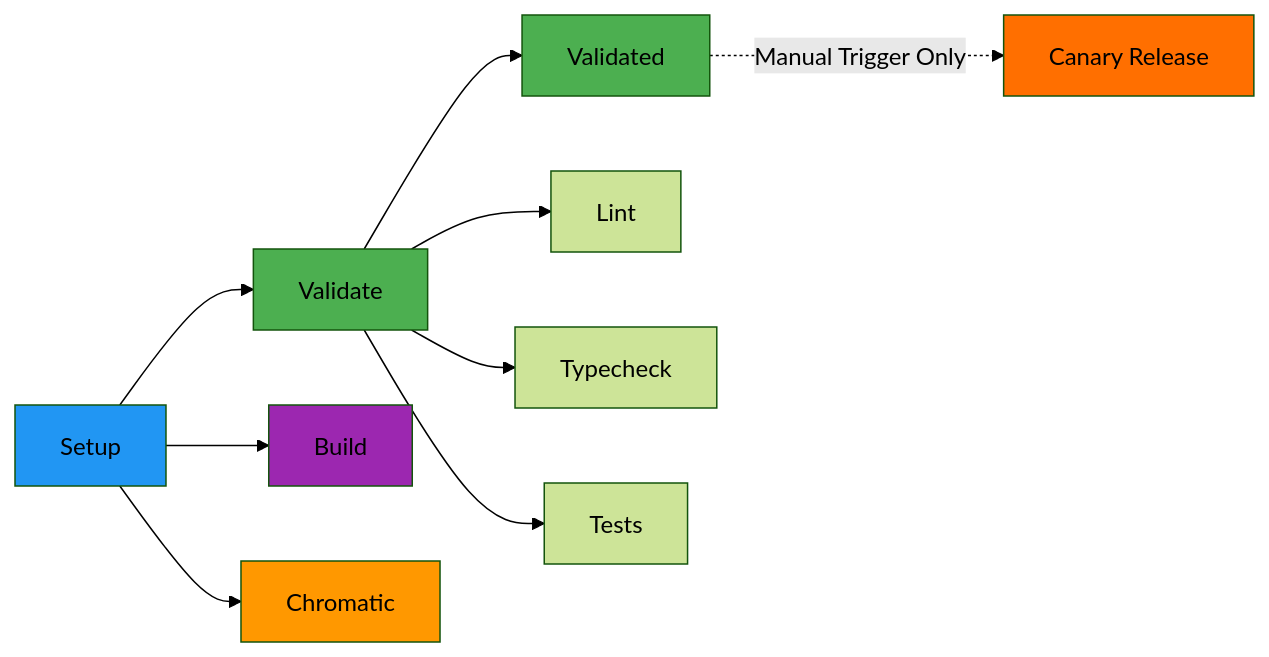
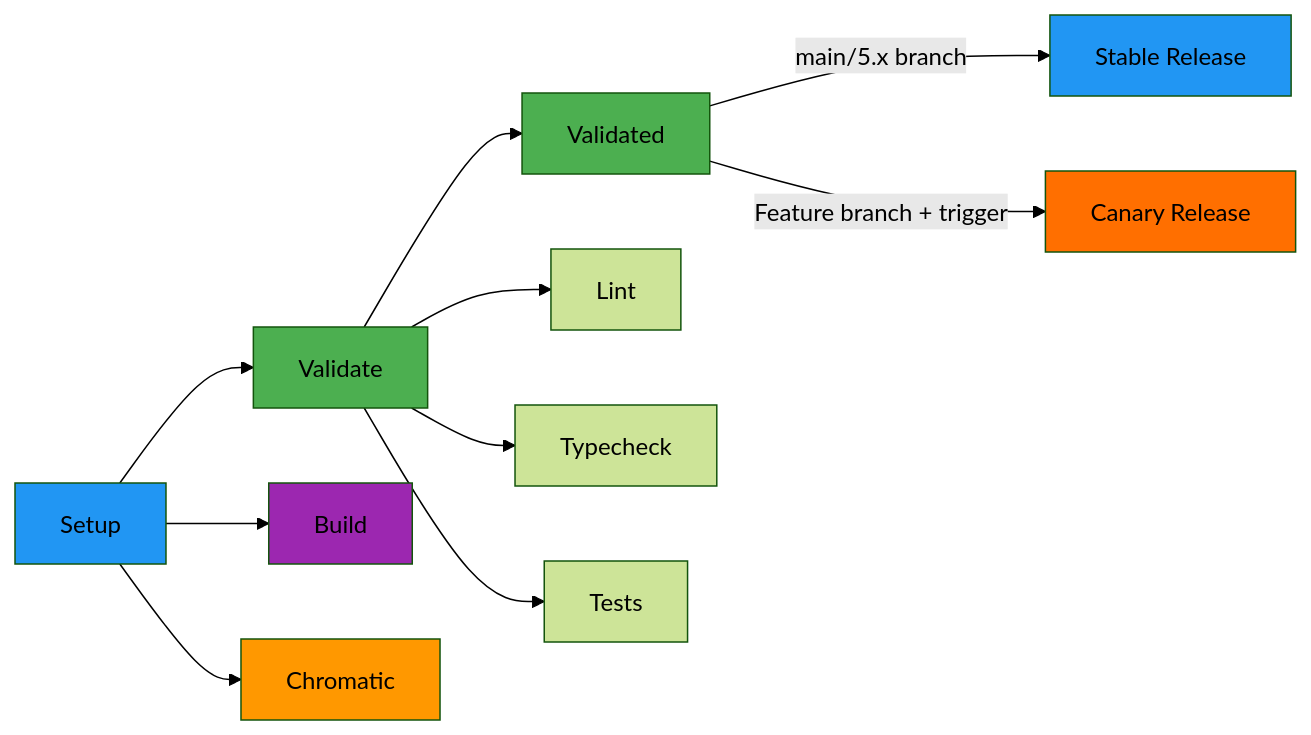
The second of 4 diagrams in .github/WORKFLOWS.md (iress/design-system), drawn with Mermaid (forest theme) before and after one commit. The commit also changed other lines of this file and 2 other files, not shown here.

Commit message:
feat: consolidate CI/CD workflows into a unified configuration and remove the separate release workflow

````diff
--- a/.github/WORKFLOWS.md
+++ b/.github/WORKFLOWS.md
@@ -47,22 +57,25 @@
 ```mermaid
 graph LR
     A[Setup] --> B[Validate]
     A --> C[Build]
     A --> D[Chromatic]
     B --> E[Validated]
-    E -.->|Manual Trigger Only| F[Canary Release]
+
+    E -->|main/5.x branch| F[Stable Release]
+    E -->|Feature branch + trigger| G[Canary Release]
 
     B1[Lint]
     B2[Typecheck]
     B3[Tests]
     B --> B1
     B --> B2
     B --> B3
 
     style A fill:#2196F3
     style B fill:#4CAF50
     style C fill:#9C27B0
     style D fill:#FF9800
     style E fill:#4CAF50
-    style F fill:#FF6F00
+    style F fill:#2196F3
+    style G fill:#FF6F00
 ```
````
